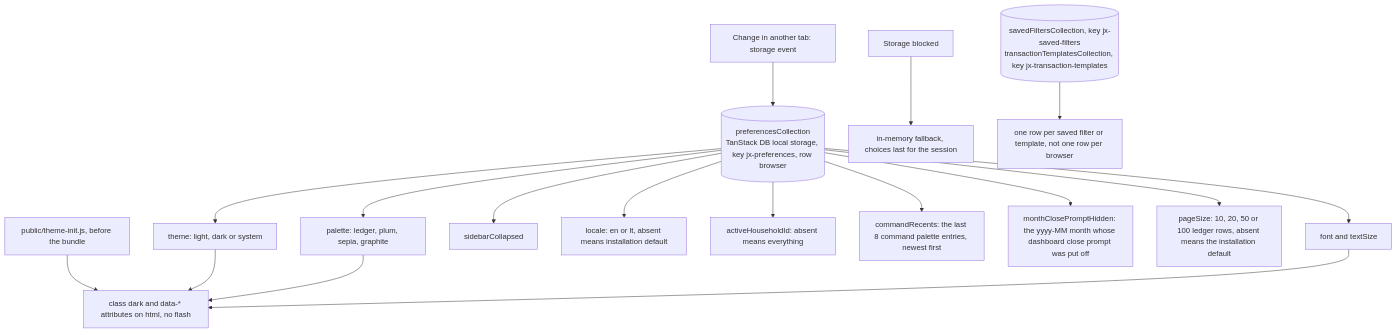
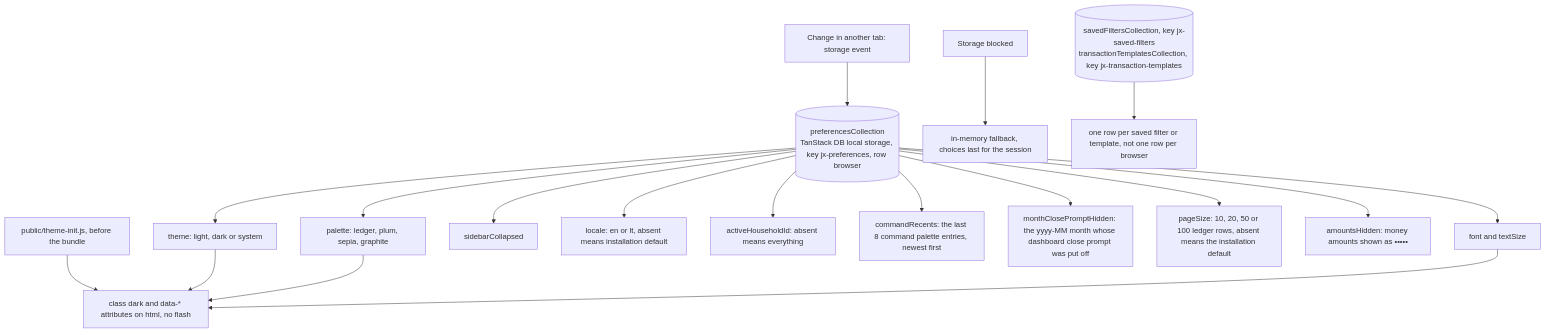
The first of 6 diagrams in docs/features/interface.md (Justxs/Jx-Finance), drawn with Mermaid before and after one commit. The commit also changed other lines of this file and 36 other files, not shown here.

````diff
--- a/docs/features/interface.md
+++ b/docs/features/interface.md
@@ -5,19 +5,20 @@
 ```mermaid
 flowchart TD
     Pref[("preferencesCollection<br/>TanStack DB local storage, key jx-preferences, row browser")] --> Theme["theme: light, dark or system"]
     Pref --> Palette["palette: ledger, plum, sepia, graphite"]
     Pref --> Font["font and textSize"]
     Pref --> Side["sidebarCollapsed"]
     Pref --> Loc["locale: en or lt, absent means installation default"]
     Pref --> Hh["activeHouseholdId: absent means everything"]
     Pref --> Recent["commandRecents: the last 8 command palette entries, newest first"]
     Pref --> Prompt["monthClosePromptHidden: the yyyy-MM month whose dashboard close prompt was put off"]
     Pref --> Size["pageSize: 10, 20, 50 or 100 ledger rows, absent means the installation default"]
+    Pref --> Amounts["amountsHidden: money amounts shown as •••••"]
     Init["public/theme-init.js, before the bundle"] --> Html["class dark and data-* attributes on html, no flash"]
     Theme --> Html
     Palette --> Html
     Font --> Html
     Tab["Change in another tab: storage event"] --> Pref
     Blocked["Storage blocked"] --> Mem["in-memory fallback, choices last for the session"]
     Views[("savedFiltersCollection, key jx-saved-filters<br/>transactionTemplatesCollection, key jx-transaction-templates")] --> Rows["one row per saved filter or template, not one row per browser"]
 ```
````
